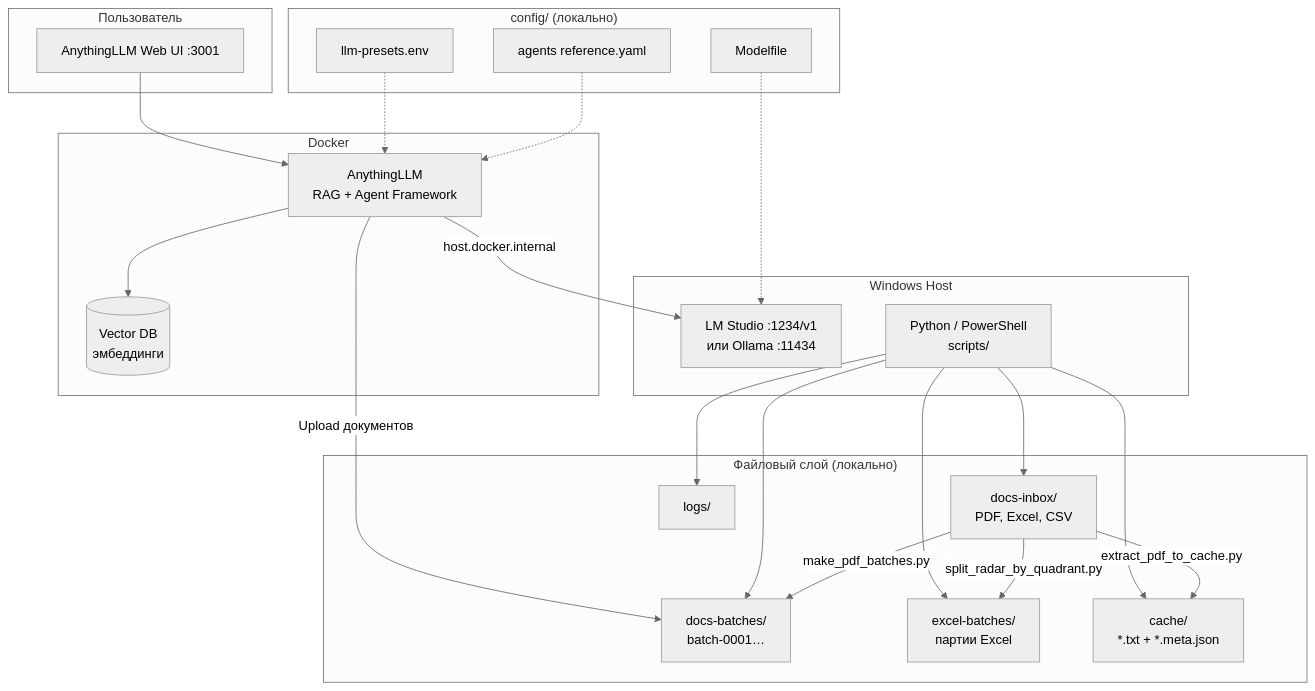
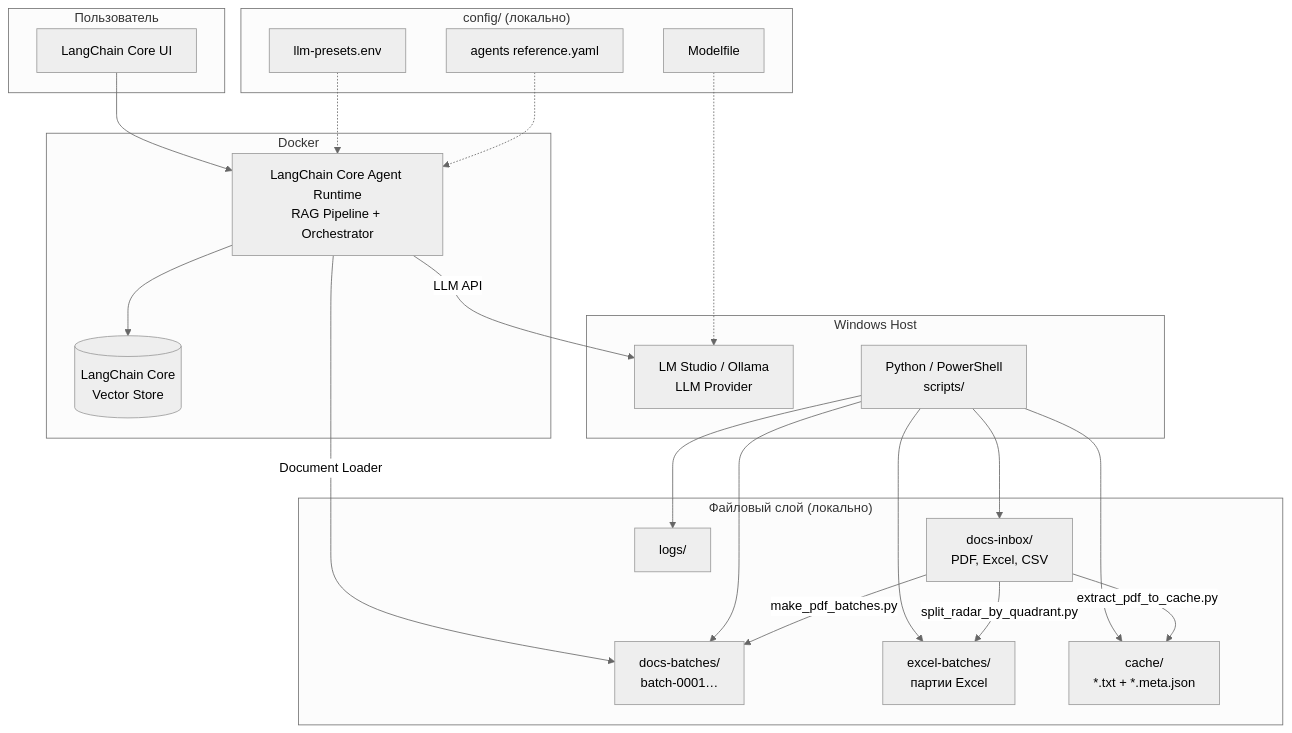
Before and after one commit to Boldurev16/TR-Agent: the first of 2 diagrams in README.md, drawn with Mermaid (neutral theme). The commit also changed other lines of this file and 1 other file, not shown here.

Commit message:
Replace AnythingLLM with LangChain Core components and remove port references (PRD v1.0.3).

````diff
--- a/README.md
+++ b/README.md
@@ -11,49 +11,49 @@
 ```mermaid
 flowchart TB
     subgraph USER["Пользователь"]
-        UI["AnythingLLM Web UI :3001"]
+        UI["LangChain Core UI"]
     end
 
     subgraph HOST["Windows Host"]
-        LM["LM Studio :1234/v1<br/>или Ollama :11434"]
+        LM["LM Studio / Ollama<br/>LLM Provider"]
         SCRIPTS["Python / PowerShell<br/>scripts/"]
     end
 
     subgraph DOCKER["Docker"]
-        ALLM["AnythingLLM<br/>RAG + Agent Framework"]
-        VDB[("Vector DB<br/>эмбеддинги")]
+        RUNTIME["LangChain Core Agent Runtime<br/>RAG Pipeline + Orchestrator"]
+        VDB[("LangChain Core<br/>Vector Store")]
     end
 
     subgraph DATA["Файловый слой (локально)"]
         INBOX["docs-inbox/<br/>PDF, Excel, CSV"]
         BATCHES["docs-batches/<br/>batch-0001…"]
         KB["excel-batches/<br/>партии Excel"]
         CACHE["cache/<br/>*.txt + *.meta.json"]
         LOGS["logs/"]
     end
 
     subgraph CONFIG["config/ (локально)"]
         ENV["llm-presets.env"]
         MF["Modelfile"]
         YAML["agents reference.yaml"]
     end
 
-    UI --> ALLM
-    ALLM -->|"host.docker.internal"| LM
-    ALLM --> VDB
-    ALLM -->|"Upload документов"| BATCHES
+    UI --> RUNTIME
+    RUNTIME -->|"LLM API"| LM
+    RUNTIME --> VDB
+    RUNTIME -->|"Document Loader"| BATCHES
 
     SCRIPTS --> INBOX
     SCRIPTS --> BATCHES
     SCRIPTS --> KB
     SCRIPTS --> CACHE
     SCRIPTS --> LOGS
 
     INBOX -->|"make_pdf_batches.py"| BATCHES
     INBOX -->|"split_radar_by_quadrant.py"| KB
     INBOX -->|"extract_pdf_to_cache.py"| CACHE
 
-    ENV -.-> ALLM
+    ENV -.-> RUNTIME
     MF -.-> LM
-    YAML -.-> ALLM
+    YAML -.-> RUNTIME
 ```
````
